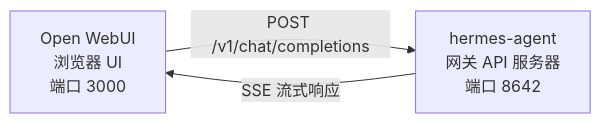
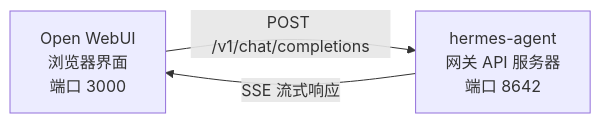
One commit to renxia/hermes-agent-docs changed the diagram in i18n/zh-CN/docusaurus-plugin-content-docs/current/user-guide/messaging/open-webui.md. Above: the diagram before and after it, drawn with Mermaid. The commit also changed other lines of this file and 112 other files, not shown here.

````diff
--- a/i18n/zh-CN/docusaurus-plugin-content-docs/current/user-guide/messaging/open-webui.md
+++ b/i18n/zh-CN/docusaurus-plugin-content-docs/current/user-guide/messaging/open-webui.md
@@ -13,7 +13,7 @@
 ```mermaid
 flowchart LR
-    A["Open WebUI<br/>浏览器 UI<br/>端口 3000"]
+    A["Open WebUI<br/>浏览器界面<br/>端口 3000"]
     B["hermes-agent<br/>网关 API 服务器<br/>端口 8642"]
     A -->|POST /v1/chat/completions| B
     B -->|SSE 流式响应| A
 ```
````
